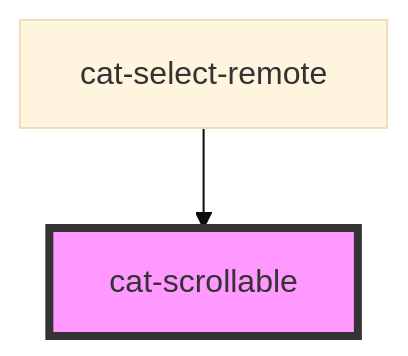
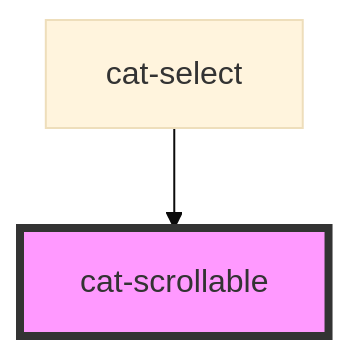
One commit to haiilo/catalyst changed the diagram in core/src/components/cat-scrollable/readme.md. Above: the diagram before and after it, drawn with Mermaid (base theme). The commit also changed other lines of this file and 27 other files, not shown here.

````diff
--- a/core/src/components/cat-scrollable/readme.md
+++ b/core/src/components/cat-scrollable/readme.md
@@ -38,5 +38,5 @@
 ```mermaid
 graph TD;
-  cat-select-remote --> cat-scrollable
+  cat-select --> cat-scrollable
   style cat-scrollable fill:#f9f,stroke:#333,stroke-width:4px
 ```
````
